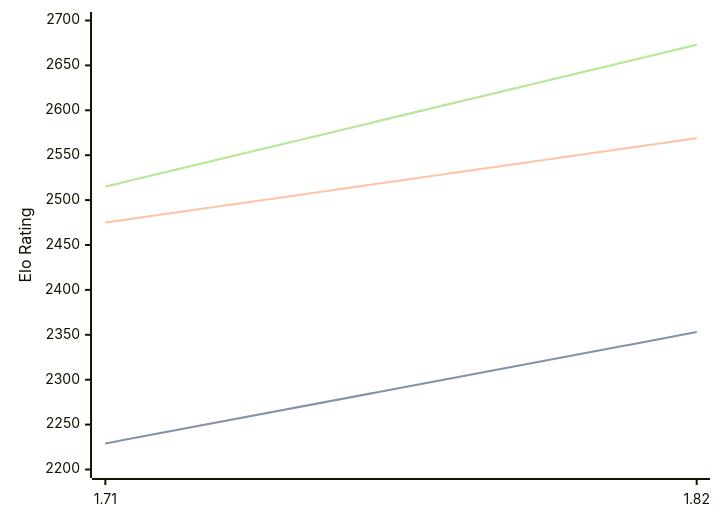
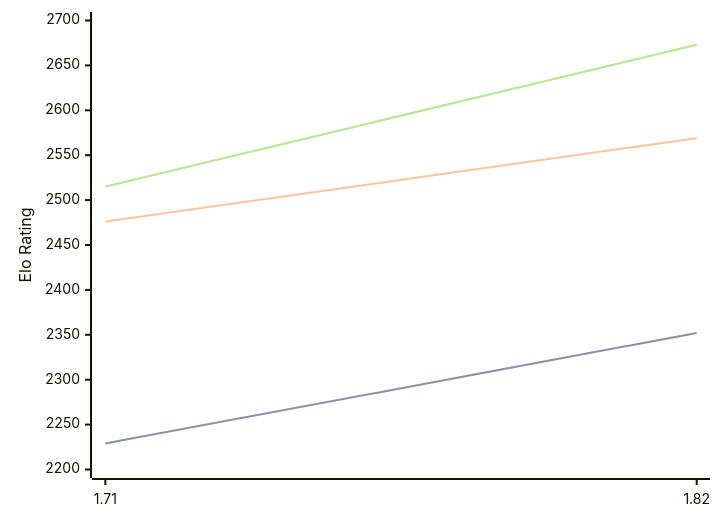
The diagram in engines/Amira.md (computer-chess-index/cci), drawn with Mermaid before and after one commit. The commit also changed other lines of this file, not shown here.

Commit message:
Update CCI Ratings (ELO VLTC) - 2026-03-13

````diff
--- a/engines/Amira.md
+++ b/engines/Amira.md
@@ -33,11 +33,11 @@
 ```mermaid
 %%{init: {"theme":"base","themeVariables":{"seriesColors:['#a3a3a3','#222221','#faa371']}}}%%
 xychart-beta
   x-axis ["1.71", "1.82"]
   y-axis "Elo Rating" 2200 --> 2700
-  line "STC (8.0+0.08s)" [2229, 2353]
-  line "STC (8.0+0.08s)" [2229, 2353]
-  line "LTC (60.0+0.60s)" [2475, 2569]
+  line "STC (8.0+0.08s)" [2229, 2352]
+  line "STC (8.0+0.08s)" [2229, 2352]
+  line "LTC (60.0+0.60s)" [2476, 2569]
   line "VLTC (2m24s+1.12s)" [2515, 2673]
   line "VLTC (2m24s+1.12s)" [2515, 2673]
 ```
````
